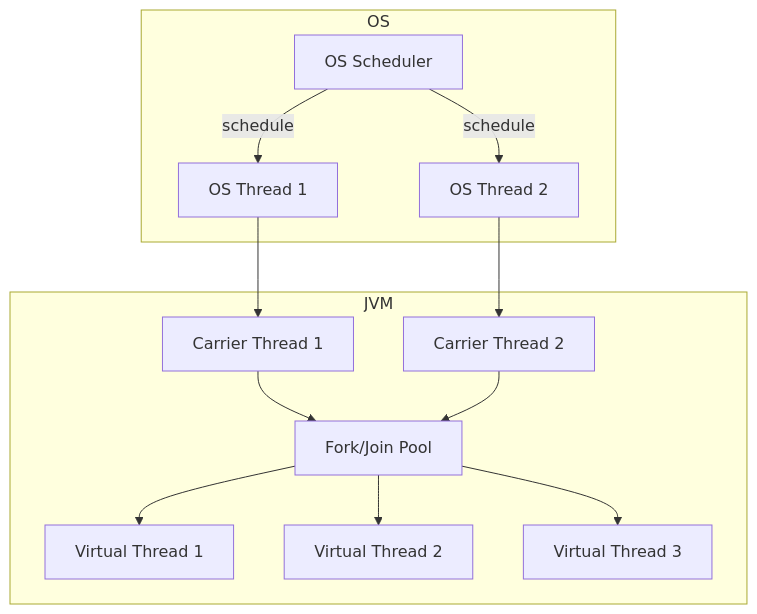
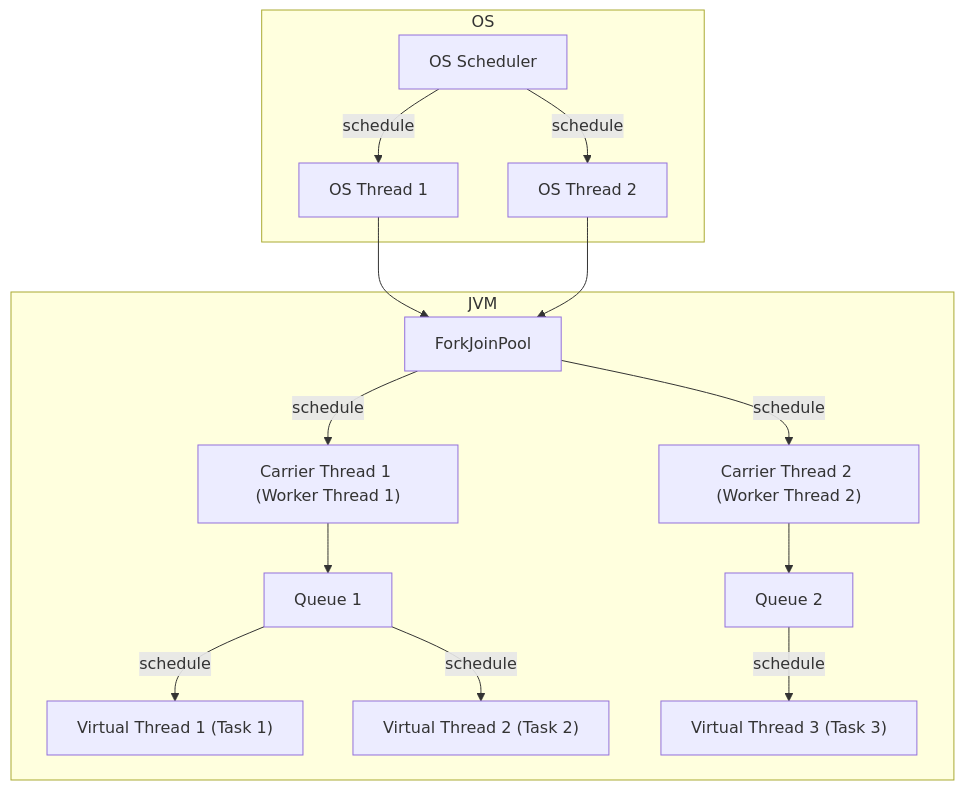
Before and after one commit to perfectacle/perfectacle.github.io: the second of 2 diagrams in source/_posts/look-over-java-virtual-threads.md, drawn with Mermaid. The commit also changed other lines of this file and 3 other files, not shown here.

````diff
--- a/source/_posts/look-over-java-virtual-threads.md
+++ b/source/_posts/look-over-java-virtual-threads.md
@@ -40,16 +40,18 @@
 ```mermaid
 graph TD;
     subgraph OS
     A[OS Scheduler] -- schedule --> B[OS Thread 1];
     A[OS Scheduler] -- schedule --> C[OS Thread 2];
     end
     subgraph JVM
-    B --> D[Carrier Thread 1];
-    C --> E[Carrier Thread 2];
-    D --> F[Fork/Join Pool];
-    E --> F;
-    F --> G[Virtual Thread 1];
-    F --> H[Virtual Thread 2];
-    F --> I[Virtual Thread 3];
+    B --> D[ForkJoinPool];
+    C --> D[ForkJoinPool];
+    D -- schedule --> E["Carrier Thread 1 (Worker Thread 1)"];
+    D -- schedule --> F["Carrier Thread 2 (Worker Thread 2)"];
+    E --> G[Queue 1];
+    F --> H[Queue 2];
+    G --  schedule --> I["Virtual Thread 1 (Task 1)"];
+    G --  schedule --> J["Virtual Thread 2 (Task 2)"];
+    H --  schedule --> K["Virtual Thread 3 (Task 3)"];
     end
 ```
````
